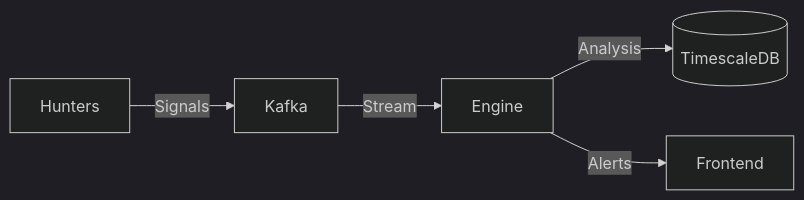
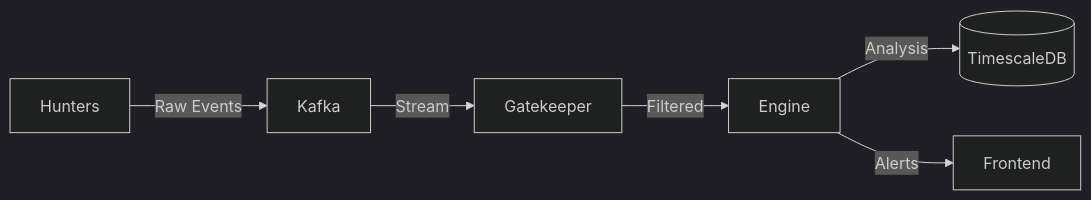
Before and after one commit to Alesiobarquin/catalyst: the diagram in README.md, drawn with Mermaid (dark theme). The commit also changed other lines of this file and 2 other files, not shown here.

Commit message:
feat: Introduce and implement the Gatekeeper service to filter raw events and update system architecture documentation.

````diff
--- a/README.md
+++ b/README.md
@@ -17,7 +17,8 @@
 ```mermaid
 graph LR
-    H[Hunters] -->|Signals| K[Kafka]
-    K -->|Stream| E[Engine]
+    H[Hunters] -->|Raw Events| K[Kafka]
+    K -->|Stream| G[Gatekeeper]
+    G -->|Filtered| E[Engine]
     E -->|Analysis| D[(TimescaleDB)]
     E -->|Alerts| F[Frontend]
 ```
````
